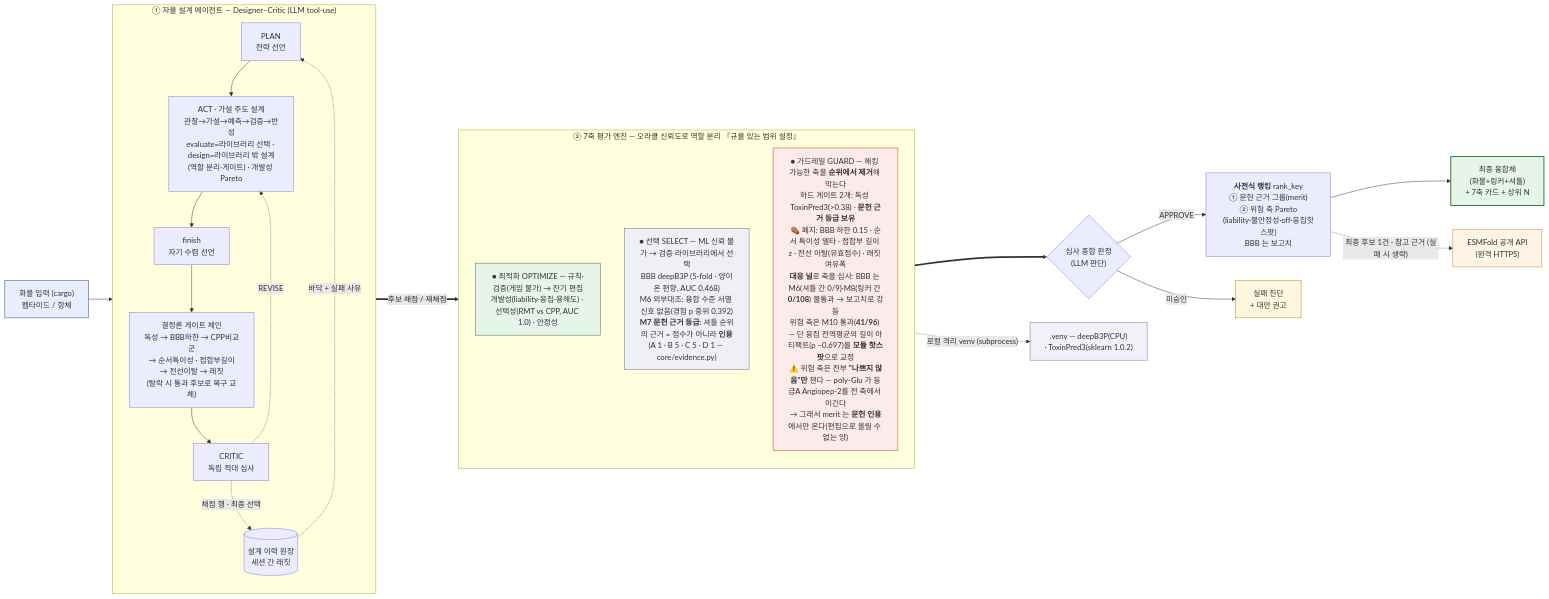
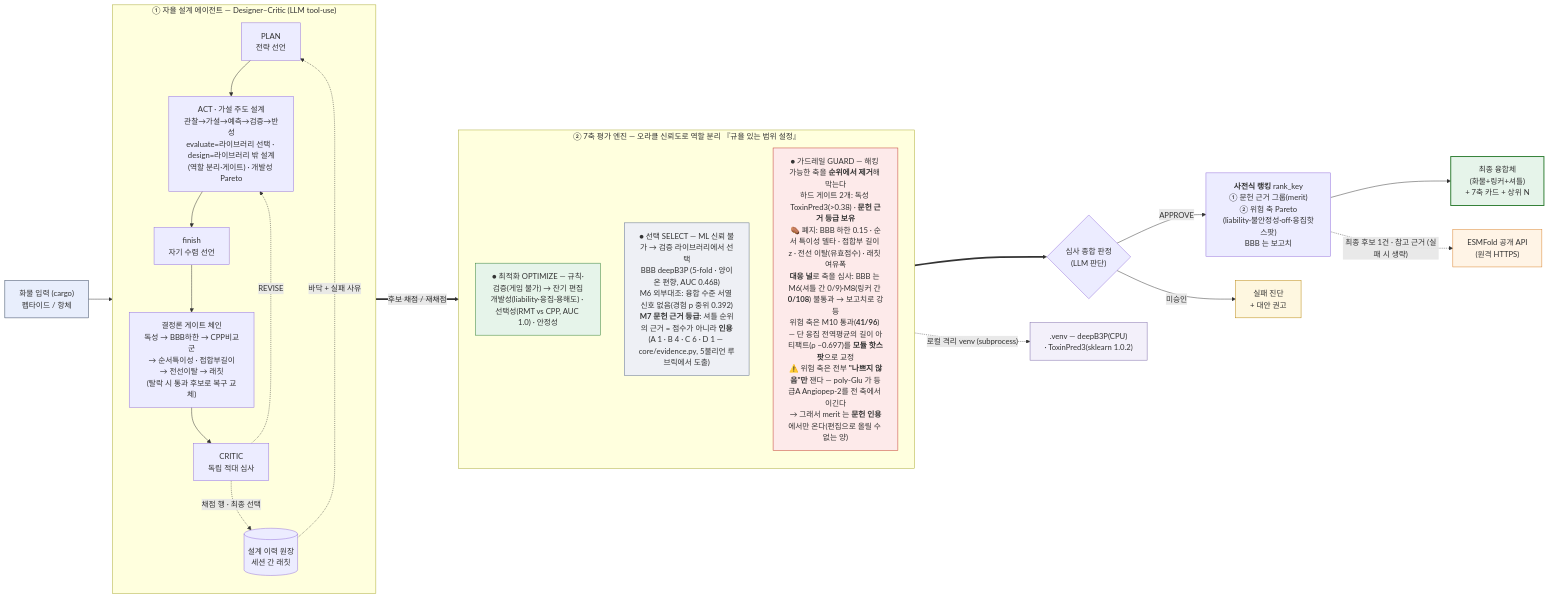
One commit to yunseul6028/BBB-Optimizer changed the first of 10 diagrams in 아키텍처.md. Above: the diagram before and after it, drawn with Mermaid. The commit also changed other lines of this file and 3 other files, not shown here.

````diff
--- a/아키텍처.md
+++ b/아키텍처.md
@@ -19,40 +19,40 @@
 ```mermaid
 flowchart LR
   IN["화물 입력 (cargo)<br/>펩타이드 / 항체"]:::io --> AG
 
   subgraph AG["① 자율 설계 에이전트 — Designer–Critic (LLM tool-use)"]
     direction TB
     PLAN["PLAN<br/>전략 선언"] --> ACT["ACT · 가설 주도 설계<br/>관찰→가설→예측→검증→반성<br/>evaluate=라이브러리 선택 · design=라이브러리 밖 설계<br/>(역할 분리·게이트) · 개발성 Pareto"]
     ACT --> FIN["finish<br/>자기 수렴 선언"]
     FIN --> GT["결정론 게이트 체인<br/>독성 → BBB하한 → CPP비교군<br/>→ 순서특이성 · 접합부길이<br/>→ 전선이탈 → 래칫<br/>(탈락 시 통과 후보로 복구 교체)"]
     GT --> CR["CRITIC<br/>독립 적대 심사"]
     CR -.->|REVISE| ACT
     LG[("설계 이력 원장<br/>세션 간 래칫")] -.->|"바닥 + 실패 사유"| PLAN
     CR -.->|"채점 행 · 최종 선택"| LG
   end
 
   AG ==>|"후보 채점 / 재채점"| ENG
 
   subgraph ENG["② 7축 평가 엔진 — 오라클 신뢰도로 역할 분리 『규율 있는 범위 설정』"]
     direction TB
     OPT["● 최적화 OPTIMIZE — 규칙·검증(게임 불가) → 잔기 편집<br/>개발성(liability·응집·용해도) · 선택성(RMT vs CPP, AUC 1.0) · 안정성"]:::opt
-    SEL["● 선택 SELECT — ML 신뢰 불가 → 검증 라이브러리에서 선택<br/>BBB deepB3P (5-fold · 양이온 편향, AUC 0.468)<br/>M6 외부대조: 융합 수준 서열 신호 없음(경험 p 중위 0.392)<br/><b>M7 문헌 근거 등급</b>: 셔틀 순위의 근거 = 점수가 아니라 <b>인용</b><br/>(A 1 · B 5 · C 5 · D 1 — core/evidence.py)"]:::sel
+    SEL["● 선택 SELECT — ML 신뢰 불가 → 검증 라이브러리에서 선택<br/>BBB deepB3P (5-fold · 양이온 편향, AUC 0.468)<br/>M6 외부대조: 융합 수준 서열 신호 없음(경험 p 중위 0.392)<br/><b>M7 문헌 근거 등급</b>: 셔틀 순위의 근거 = 점수가 아니라 <b>인용</b><br/>(A 1 · B 4 · C 6 · D 1 — core/evidence.py, 5불리언 루브릭에서 도출)"]:::sel
     GRD["● 가드레일 GUARD — 해킹 가능한 축을 <b>순위에서 제거</b>해 막는다<br/>하드 게이트 2개: 독성 ToxinPred3(&gt;0.38) · <b>문헌 근거 등급 보유</b><br/>⚰️ 폐지: BBB 하한 0.15 · 순서 특이성 델타 · 접합부 길이 z · 전선 이탈(유효점수) · 래칫 여유폭<br/><b>대응 널</b>로 축을 심사: BBB 는 M6(셔틀 간 0/9)·M8(링커 간 <b>0/108</b>) 불통과 → 보고치로 강등<br/>위험 축은 M10 통과(<b>41/96</b>) — 단 응집 전역평균의 길이 아티팩트(ρ −0.697)를 <b>모듈 핫스팟</b>으로 교정<br/>⚠️ 위험 축은 전부 <b>&quot;나쁘지 않음&quot;만</b> 잰다 — poly-Glu 가 등급A Angiopep-2를 전 축에서 이긴다<br/>→ 그래서 merit 는 <b>문헌 인용</b>에서만 온다(편집으로 올릴 수 없는 양)"]:::grd
   end
 
   ENG ==> J{"심사 종합 판정<br/>(LLM 판단)"}
   J -->|APPROVE| RK["<b>사전식 랭킹</b> rank_key<br/>① 문헌 근거 그룹(merit)<br/>② 위험 축 Pareto<br/>(liability·불안정성·off·응집핫스팟)<br/>BBB 는 보고치"] --> OUT["최종 융합체<br/>(화물+링커+셔틀)<br/>+ 7축 카드 + 상위 N"]:::ok
   J -->|"미승인"| F["실패 진단<br/>+ 대안 권고"]:::warn
 
   ENG -.->|"로컬 격리 venv (subprocess)"| VENV[".venv — deepB3P(CPU)<br/>· ToxinPred3(sklearn 1.0.2)"]:::venv
   RK -.->|"최종 후보 1건 · 참고 근거 (실패 시 생략)"| API["ESMFold 공개 API<br/>(원격 HTTPS)"]:::api
 
   classDef io fill:#e8eefc,stroke:#30405c;
   classDef opt fill:#e6f4ea,stroke:#2e7d32;
   classDef sel fill:#eef0f5,stroke:#5a6b8c;
   classDef grd fill:#fdeaea,stroke:#c0392b;
   classDef ok fill:#e6f4ea,stroke:#2e7d32,stroke-width:2px;
   classDef warn fill:#fef7e0,stroke:#b8860b;
   classDef venv fill:#f3f0fa,stroke:#7c6aa8;
   classDef api fill:#fff4e6,stroke:#d9822b;
 ```
````
